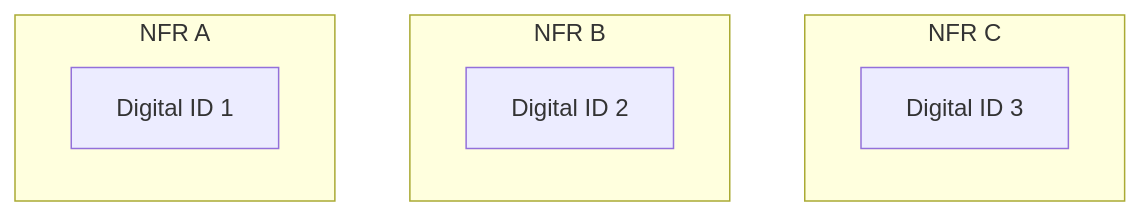
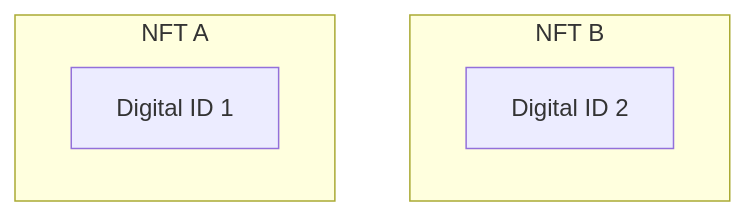
One commit to realizse/realitemsdocs changed the diagram in pages/whitepaper/whitepaper_durable.mmd. Above: the diagram before and after it, drawn with Mermaid. The commit also changed 112 other files, not shown here.

Commit message:
Updated diagrams and added new sections including Conclusion.

```diff
--- a/pages/whitepaper/whitepaper_durable.mmd
+++ b/pages/whitepaper/whitepaper_durable.mmd
@@ -1,10 +1,7 @@
 graph TD;
-    subgraph NFR C
-      C[Digital ID 3]
-    end
-    subgraph NFR B
+    subgraph NFT B
       B[Digital ID 2]
     end
-    subgraph NFR A
+    subgraph NFT A
       A[Digital ID 1]
     end
```
